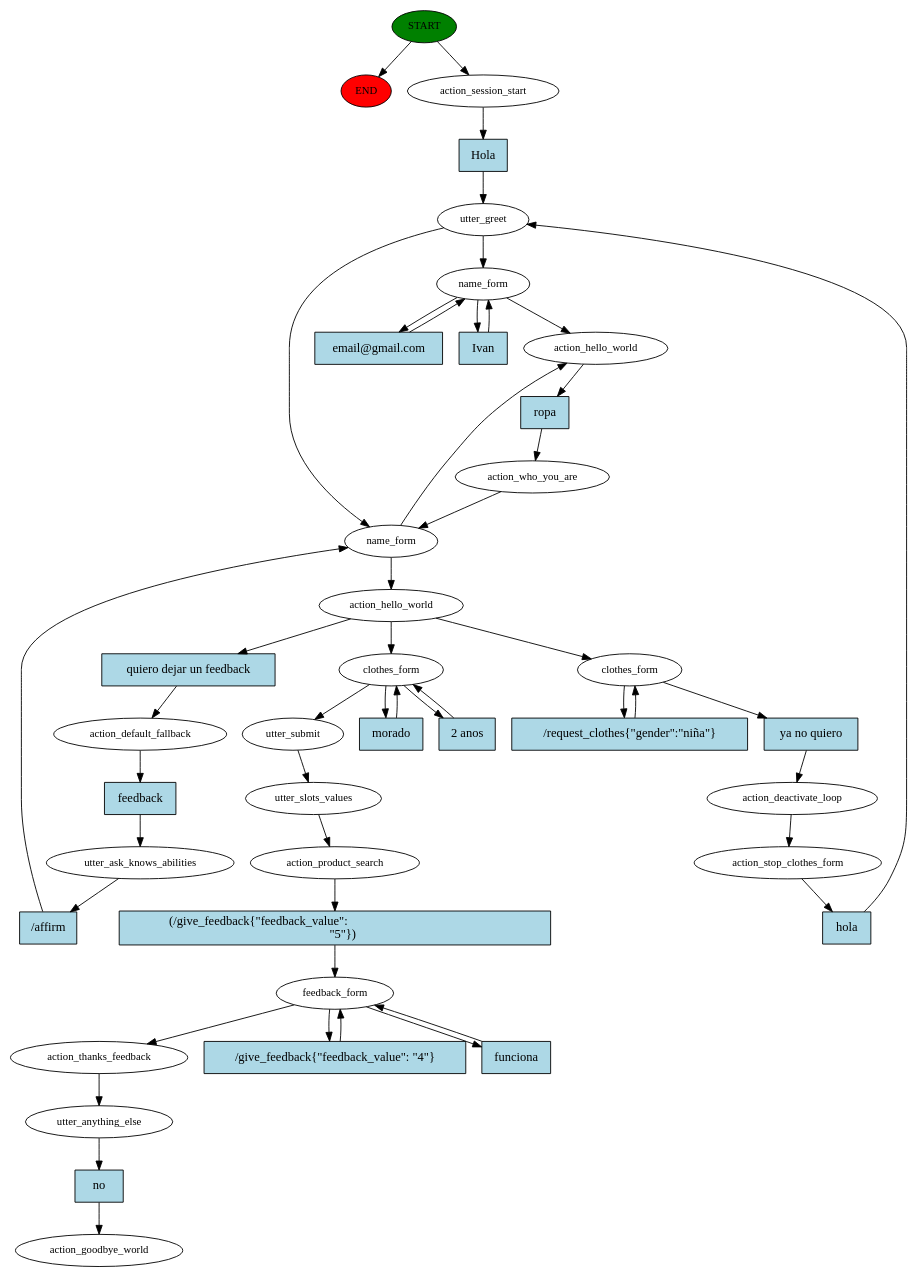
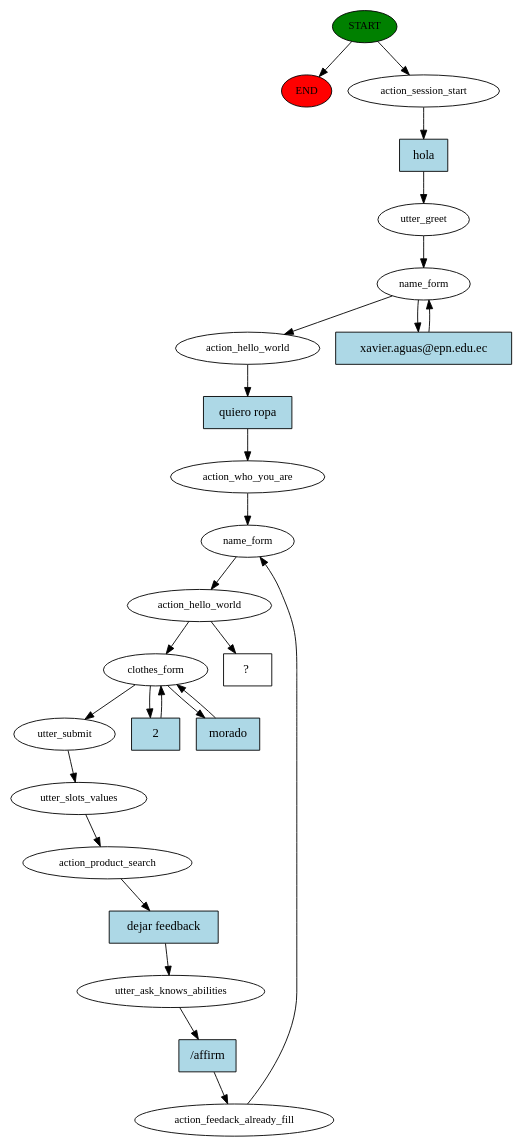
Before and after one commit to kabirivan/Ecommerce-Assistant-Jasmine: the diagram in story_graph.dot, drawn with Graphviz. The commit also changed 8 other files, not shown here.

```diff
--- a/story_graph.dot
+++ b/story_graph.dot
@@ -1,88 +1,51 @@
 digraph  {
 0 [class="start active", fillcolor=green, fontsize=12, label=START, style=filled];
 "-1" [class=end, fillcolor=red, fontsize=12, label=END, style=filled];
 1 [class=active, fontsize=12, label=action_session_start];
 2 [class=active, fontsize=12, label=utter_greet];
 3 [class=active, fontsize=12, label=name_form];
 6 [class=active, fontsize=12, label=action_hello_world];
 7 [class=active, fontsize=12, label=action_who_you_are];
 8 [class=active, fontsize=12, label=name_form];
 9 [class=active, fontsize=12, label=action_hello_world];
 10 [class=active, fontsize=12, label=clothes_form];
-12 [class=active, fontsize=12, label=action_deactivate_loop];
-13 [class=active, fontsize=12, label=action_stop_clothes_form];
-17 [class=active, fontsize=12, label=action_default_fallback];
+15 [class=active, fontsize=12, label=utter_submit];
+16 [class=active, fontsize=12, label=utter_slots_values];
+17 [class=active, fontsize=12, label=action_product_search];
 18 [class=active, fontsize=12, label=utter_ask_knows_abilities];
-24 [class=active, fontsize=12, label=clothes_form];
-29 [class=active, fontsize=12, label=utter_submit];
-30 [class=active, fontsize=12, label=utter_slots_values];
-31 [class=active, fontsize=12, label=action_product_search];
-32 [class=active, fontsize=12, label=feedback_form];
-35 [class=active, fontsize=12, label=action_thanks_feedback];
-36 [class=active, fontsize=12, label=utter_anything_else];
-37 [class="dashed active", fontsize=12, label=action_goodbye_world];
-38 [class="intent active", fillcolor=lightblue, label=Hola, shape=rect, style=filled];
-39 [class="intent active", fillcolor=lightblue, label=Ivan, shape=rect, style=filled];
-40 [class="intent active", fillcolor=lightblue, label="email@gmail.com", shape=rect, style=filled];
-41 [class="intent active", fillcolor=lightblue, label=ropa, shape=rect, style=filled];
-42 [class="intent active", fillcolor=lightblue, label="quiero dejar un feedback", shape=rect, style=filled];
-43 [class="intent active", fillcolor=lightblue, label="ya no quiero", shape=rect, style=filled];
-44 [class="intent active", fillcolor=lightblue, label="/request_clothes{\"gender\":\"niña\"}", shape=rect, style=filled];
-45 [class="intent active", fillcolor=lightblue, label=hola, shape=rect, style=filled];
-46 [class="intent active", fillcolor=lightblue, label=feedback, shape=rect, style=filled];
-47 [class="intent active", fillcolor=lightblue, label="/affirm", shape=rect, style=filled];
-48 [class="intent active", fillcolor=lightblue, label="2 anos", shape=rect, style=filled];
-49 [class="intent active", fillcolor=lightblue, label=morado, shape=rect, style=filled];
-50 [class="intent active", fillcolor=lightblue, label="(/give_feedback{\"feedback_value\":                                                 \n      \"5\"})", shape=rect, style=filled];
-51 [class="intent active", fillcolor=lightblue, label="/give_feedback{\"feedback_value\": \"4\"}", shape=rect, style=filled];
-52 [class="intent active", fillcolor=lightblue, label=funciona, shape=rect, style=filled];
-53 [class="intent active", fillcolor=lightblue, label=no, shape=rect, style=filled];
+19 [class=active, fontsize=12, label=action_feedack_already_fill];
+22 [class="intent dashed active", label="  ?  ", shape=rect];
+23 [class="intent active", fillcolor=lightblue, label=hola, shape=rect, style=filled];
+24 [class="intent active", fillcolor=lightblue, label="xavier.aguas@epn.edu.ec", shape=rect, style=filled];
+25 [class="intent active", fillcolor=lightblue, label="quiero ropa", shape=rect, style=filled];
+26 [class="intent active", fillcolor=lightblue, label=2, shape=rect, style=filled];
+27 [class="intent active", fillcolor=lightblue, label=morado, shape=rect, style=filled];
+28 [class="intent active", fillcolor=lightblue, label="dejar feedback", shape=rect, style=filled];
+29 [class="intent active", fillcolor=lightblue, label="/affirm", shape=rect, style=filled];
 0 -> "-1"  [class="", key=NONE, label=""];
 0 -> 1  [class=active, key=NONE, label=""];
-1 -> 38  [class=active, key=0];
+1 -> 23  [class=active, key=0];
 2 -> 3  [class=active, key=NONE, label=""];
-2 -> 8  [class=active, key=NONE, label=""];
 3 -> 6  [class=active, key=NONE, label=""];
-3 -> 39  [class=active, key=0];
-3 -> 40  [class=active, key=0];
-6 -> 41  [class=active, key=0];
+3 -> 24  [class=active, key=0];
+6 -> 25  [class=active, key=0];
 7 -> 8  [class=active, key=NONE, label=""];
 8 -> 9  [class=active, key=NONE, label=""];
-8 -> 6  [class=active, key=NONE, label=""];
 9 -> 10  [class=active, key=NONE, label=""];
-9 -> 24  [class=active, key=NONE, label=""];
-9 -> 42  [class=active, key=0];
-10 -> 43  [class=active, key=0];
-10 -> 44  [class=active, key=0];
-12 -> 13  [class=active, key=NONE, label=""];
-13 -> 45  [class=active, key=0];
-17 -> 46  [class=active, key=0];
-18 -> 47  [class=active, key=0];
-24 -> 29  [class=active, key=NONE, label=""];
-24 -> 48  [class=active, key=0];
-24 -> 49  [class=active, key=0];
-29 -> 30  [class=active, key=NONE, label=""];
-30 -> 31  [class=active, key=NONE, label=""];
-31 -> 50  [class=active, key=0];
-32 -> 35  [class=active, key=NONE, label=""];
-32 -> 51  [class=active, key=0];
-32 -> 52  [class=active, key=0];
-35 -> 36  [class=active, key=NONE, label=""];
-36 -> 53  [class=active, key=0];
-38 -> 2  [class=active, key=0];
-39 -> 3  [class=active, key=0];
-40 -> 3  [class=active, key=0];
-41 -> 7  [class=active, key=0];
-42 -> 17  [class=active, key=0];
-43 -> 12  [class=active, key=0];
-44 -> 10  [class=active, key=0];
-45 -> 2  [class=active, key=0];
-46 -> 18  [class=active, key=0];
-47 -> 8  [class=active, key=0];
-48 -> 24  [class=active, key=0];
-49 -> 24  [class=active, key=0];
-50 -> 32  [class=active, key=0];
-51 -> 32  [class=active, key=0];
-52 -> 32  [class=active, key=0];
-53 -> 37  [class=active, key=0];
+9 -> 22  [class=active, key=NONE, label=""];
+10 -> 15  [class=active, key=NONE, label=""];
+10 -> 26  [class=active, key=0];
+10 -> 27  [class=active, key=0];
+15 -> 16  [class=active, key=NONE, label=""];
+16 -> 17  [class=active, key=NONE, label=""];
+17 -> 28  [class=active, key=0];
+18 -> 29  [class=active, key=0];
+19 -> 8  [class=active, key=NONE, label=""];
+23 -> 2  [class=active, key=0];
+24 -> 3  [class=active, key=0];
+25 -> 7  [class=active, key=0];
+26 -> 10  [class=active, key=0];
+27 -> 10  [class=active, key=0];
+28 -> 18  [class=active, key=0];
+29 -> 19  [class=active, key=0];
 }
```
